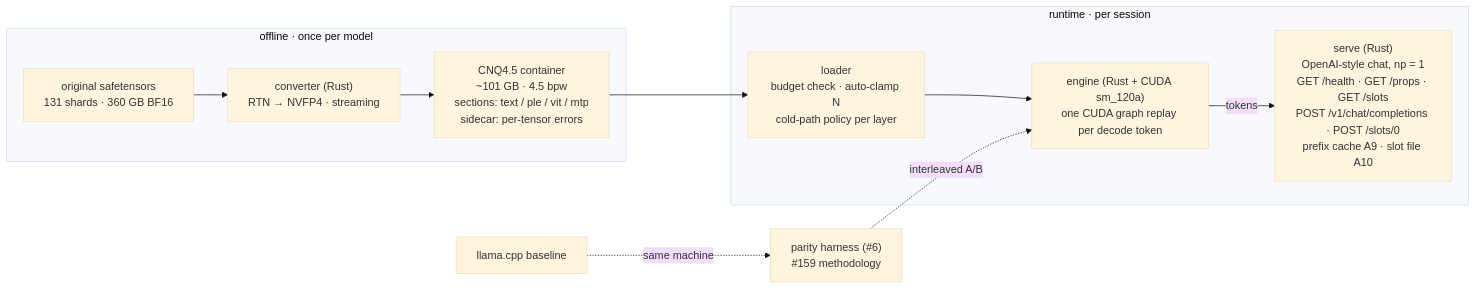
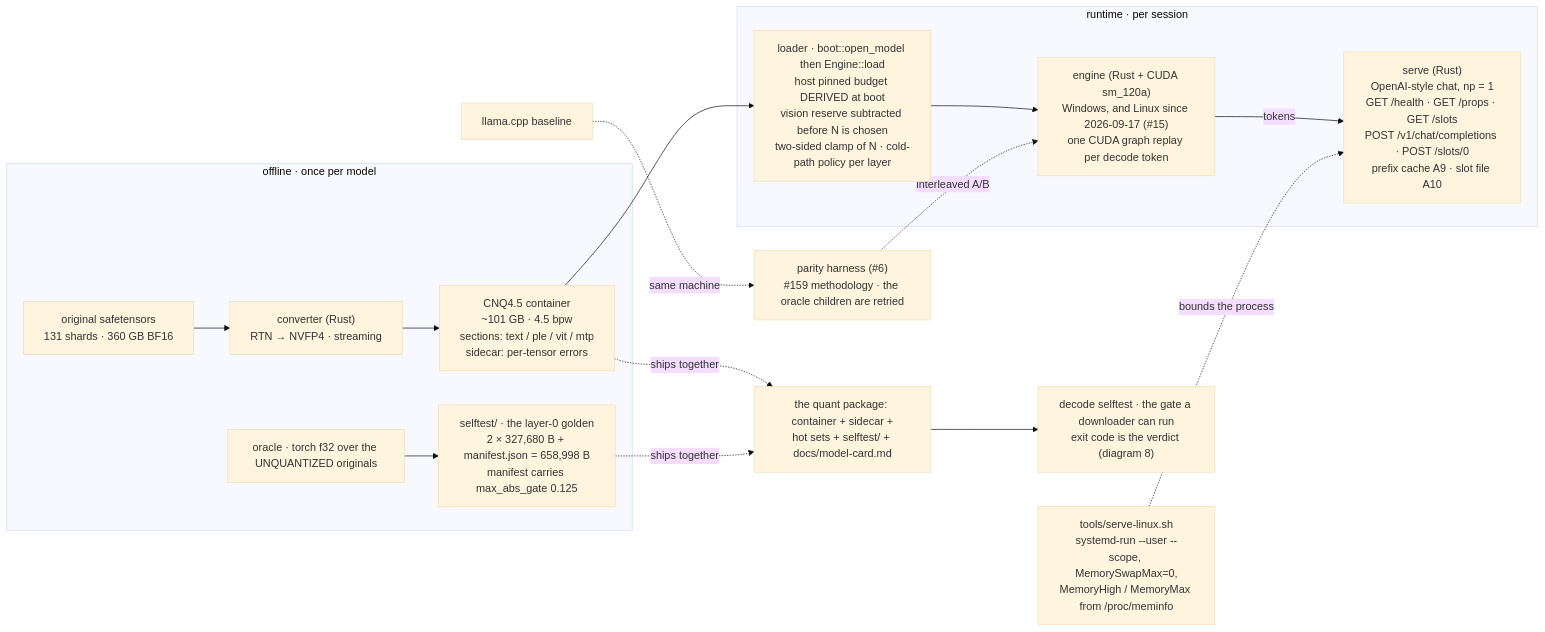
Before and after one commit to nibor1896/crow-nest: the first of 8 diagrams in docs/diagrams.md, drawn with Mermaid (base theme). The commit also changed other lines of this file and 1 other file, not shown here.

````diff
--- a/docs/diagrams.md
+++ b/docs/diagrams.md
@@ -11,14 +13,19 @@
 ```mermaid
 flowchart LR
     subgraph offline["offline · once per model"]
         ORIG["original safetensors\n131 shards · 360 GB BF16"] --> CONV["converter (Rust)\nRTN → NVFP4 · streaming"]
         CONV --> CNQ["CNQ4.5 container\n~101 GB · 4.5 bpw\nsections: text / ple / vit / mtp\nsidecar: per-tensor errors"]
+        ORAC["oracle · torch f32 over the UNQUANTIZED originals"] --> GOLD["selftest/ · the layer-0 golden\n2 × 327,680 B + manifest.json = 658,998 B\nmanifest carries max_abs_gate 0.125"]
     end
     subgraph runtime["runtime · per session"]
-        CNQ --> LOAD["loader\nbudget check · auto-clamp N\ncold-path policy per layer"]
-        LOAD --> ENG["engine (Rust + CUDA sm_120a)\none CUDA graph replay per decode token"]
+        CNQ --> LOAD["loader · boot::open_model then Engine::load\nhost pinned budget DERIVED at boot\nvision reserve subtracted before N is chosen\ntwo-sided clamp of N · cold-path policy per layer"]
+        LOAD --> ENG["engine (Rust + CUDA sm_120a)\nWindows, and Linux since 2026-09-17 (#15)\none CUDA graph replay per decode token"]
         ENG -->|"tokens"| API["serve (Rust)\nOpenAI-style chat, np = 1\nGET /health · GET /props · GET /slots\nPOST /v1/chat/completions · POST /slots/0\nprefix cache A9 · slot file A10"]
     end
-    HARNESS["parity harness (#6)\n#159 methodology"] -.interleaved A/B.-> ENG
+    SCOPE["tools/serve-linux.sh\nsystemd-run --user --scope, MemorySwapMax=0,\nMemoryHigh / MemoryMax from /proc/meminfo"] -.bounds the process.-> API
+    CNQ -.ships together.-> PKG["the quant package: container + sidecar +\nhot sets + selftest/ + docs/model-card.md"]
+    GOLD -.ships together.-> PKG
+    PKG --> SELF["decode selftest · the gate a downloader can run\nexit code is the verdict (diagram 8)"]
+    HARNESS["parity harness (#6)\n#159 methodology · the oracle children are retried"] -.interleaved A/B.-> ENG
     BASE["llama.cpp baseline"] -.same machine.-> HARNESS
 ```
````
